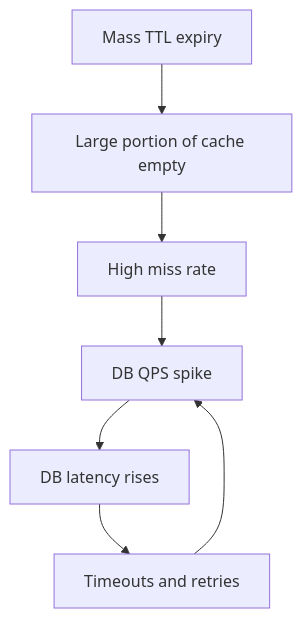
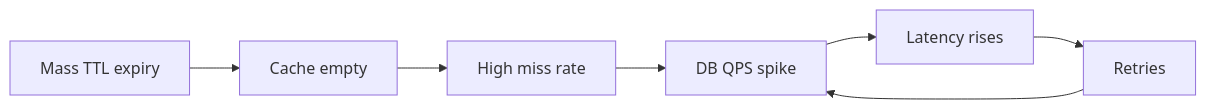
Before and after one commit to hareramcse/SystemDesign: diagram 18 of 21 in 03-caching/README.md, drawn with Mermaid. The commit also changed other lines of this file, not shown here.

````diff
--- a/03-caching/README.md
+++ b/03-caching/README.md
@@ -628,9 +563,4 @@
 ```mermaid
-flowchart TB
-    Expire[Mass TTL expiry] --> Empty[Large portion of cache empty]
-    Empty --> Miss[High miss rate]
-    Miss --> Flood[DB QPS spike]
-    Flood --> Slow[DB latency rises]
-    Slow --> Timeout[Timeouts and retries]
-    Timeout --> Flood
+flowchart LR
+    Expire[Mass TTL expiry] --> Empty[Cache empty] --> Miss[High miss rate] --> Flood[DB QPS spike] --> Slow[Latency rises] --> Timeout[Retries] --> Flood
 ```
````
